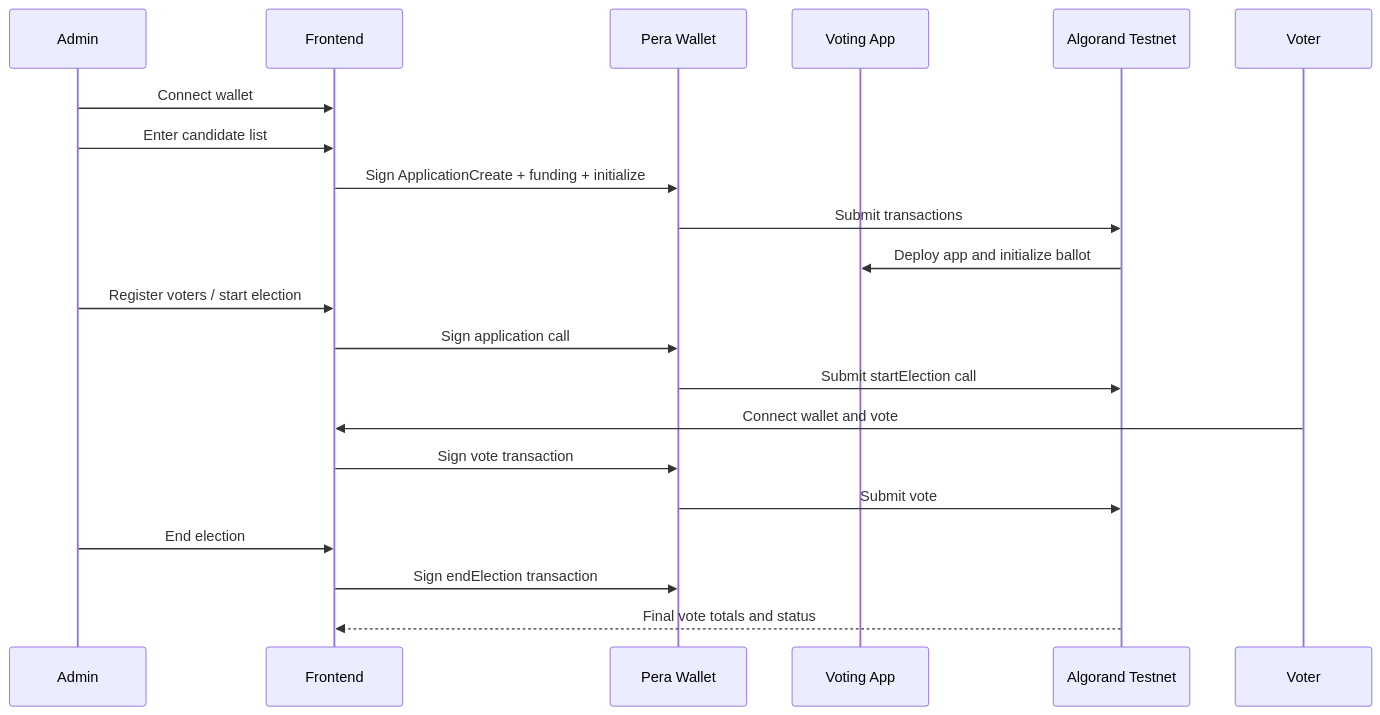
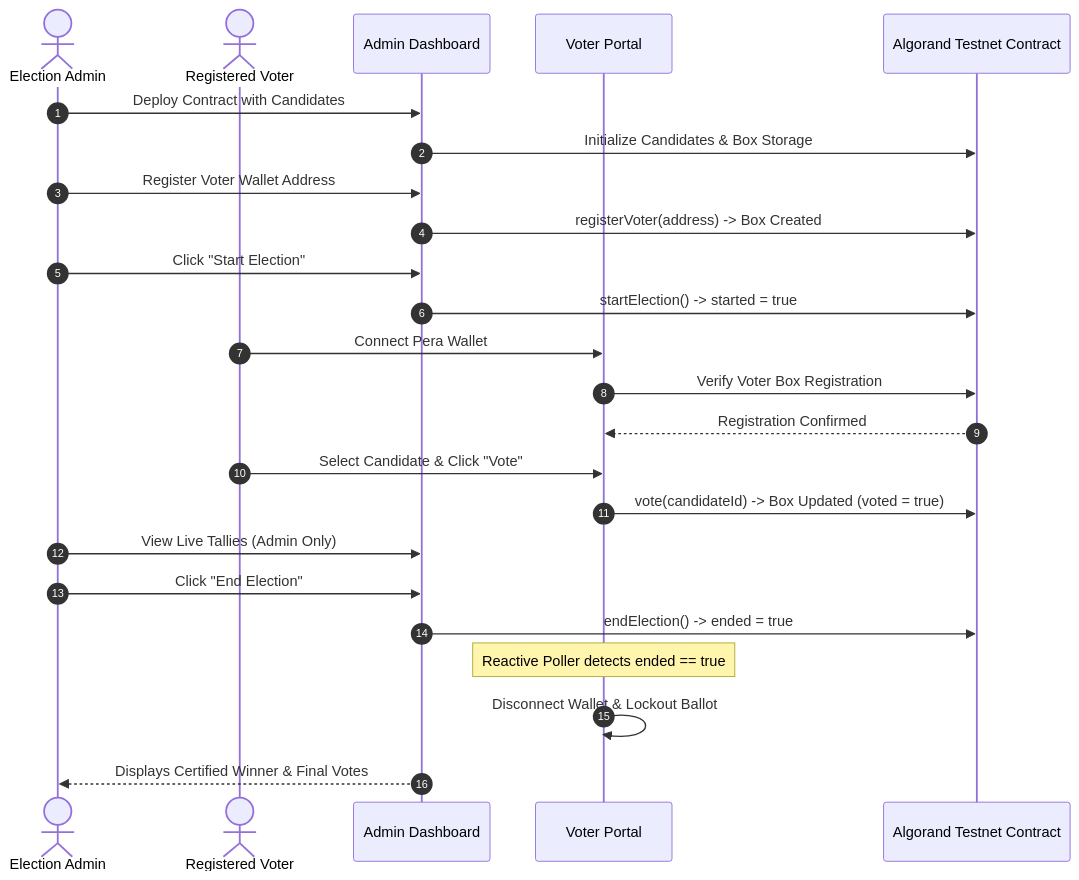
The second of 2 diagrams in README.md (anuragdoesntex1sts/Blockvote-PMM), drawn with Mermaid before and after one commit. The commit also changed other lines of this file and 10 other files, not shown here.

Commit message:
feat: add dedicated voter portal

````diff
--- a/README.md
+++ b/README.md
@@ -103,23 +183,30 @@
 ```mermaid
 sequenceDiagram
-    participant Admin
-    participant Frontend
-    participant Wallet as Pera Wallet
-    participant Contract as Voting App
-    participant Algorand as Algorand Testnet
+    autonumber
+    actor Admin as Election Admin
+    actor Voter as Registered Voter
+    participant AdminUI as Admin Dashboard
+    participant VoterUI as Voter Portal
+    participant Chain as Algorand Testnet Contract
 
-    Admin->>Frontend: Connect wallet
-    Admin->>Frontend: Enter candidate list
-    Frontend->>Wallet: Sign ApplicationCreate + funding + initialize
-    Wallet->>Algorand: Submit transactions
-    Algorand->>Contract: Deploy app and initialize ballot
-    Admin->>Frontend: Register voters / start election
-    Frontend->>Wallet: Sign application call
-    Wallet->>Algorand: Submit startElection call
-    Voter->>Frontend: Connect wallet and vote
-    Frontend->>Wallet: Sign vote transaction
-    Wallet->>Algorand: Submit vote
-    Admin->>Frontend: End election
-    Frontend->>Wallet: Sign endElection transaction
-    Algorand-->>Frontend: Final vote totals and status
+    Admin->>AdminUI: Deploy Contract with Candidates
+    AdminUI->>Chain: Initialize Candidates & Box Storage
+    Admin->>AdminUI: Register Voter Wallet Address
+    AdminUI->>Chain: registerVoter(address) -> Box Created
+    Admin->>AdminUI: Click "Start Election"
+    AdminUI->>Chain: startElection() -> started = true
+
+    Voter->>VoterUI: Connect Pera Wallet
+    VoterUI->>Chain: Verify Voter Box Registration
+    Chain-->>VoterUI: Registration Confirmed
+    Voter->>VoterUI: Select Candidate & Click "Vote"
+    VoterUI->>Chain: vote(candidateId) -> Box Updated (voted = true)
+
+    Admin->>AdminUI: View Live Tallies (Admin Only)
+    Admin->>AdminUI: Click "End Election"
+    AdminUI->>Chain: endElection() -> ended = true
+
+    Note over VoterUI: Reactive Poller detects ended == true
+    VoterUI->>VoterUI: Disconnect Wallet & Lockout Ballot
+    AdminUI-->>Admin: Displays Certified Winner & Final Votes
 ```
````
